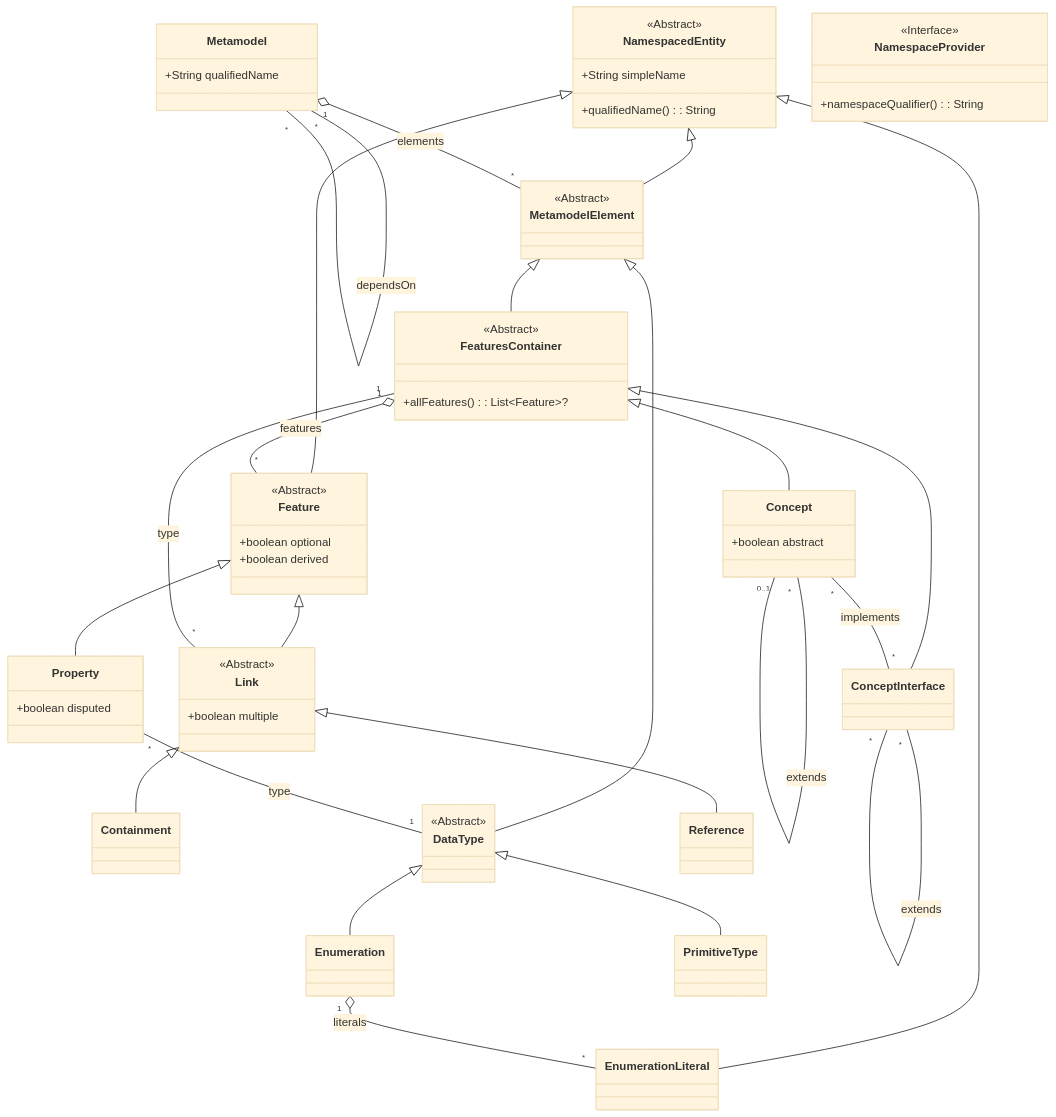
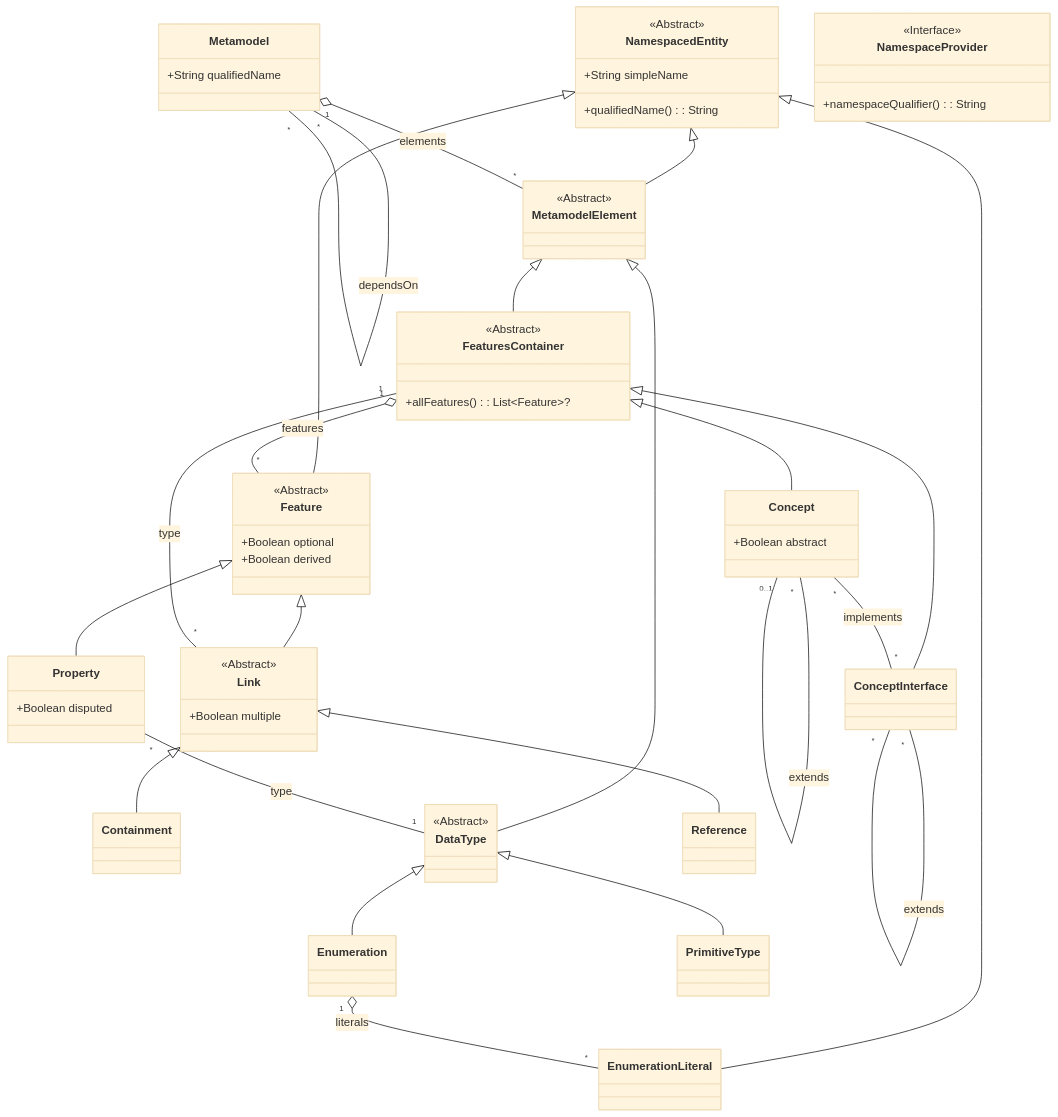
The diagram in diagrams/metametamodel-gen.md (LionWeb-io/lionweb-typescript), drawn with Mermaid (base theme) before and after one commit. The commit also changed 13 other files, not shown here.

```diff
--- a/diagrams/metametamodel-gen.md
+++ b/diagrams/metametamodel-gen.md
@@ -2,7 +2,7 @@
 classDiagram
 
   class Concept {
-    +boolean abstract
+    +Boolean abstract
   }
   FeaturesContainer <|-- Concept
 
@@ -23,8 +23,8 @@
   NamespacedEntity <|-- EnumerationLiteral
 
   class Feature {
-    +boolean optional
-    +boolean derived
+    +Boolean optional
+    +Boolean derived
   }
   <<Abstract>> Feature
   NamespacedEntity <|-- Feature
@@ -36,7 +36,7 @@
   MetamodelElement <|-- FeaturesContainer
 
   class Link {
-    +boolean multiple
+    +Boolean multiple
   }
   <<Abstract>> Link
   Feature <|-- Link
@@ -64,7 +64,7 @@
   DataType <|-- PrimitiveType
 
   class Property {
-    +boolean disputed
+    +Boolean disputed
   }
   Feature <|-- Property
 
```
